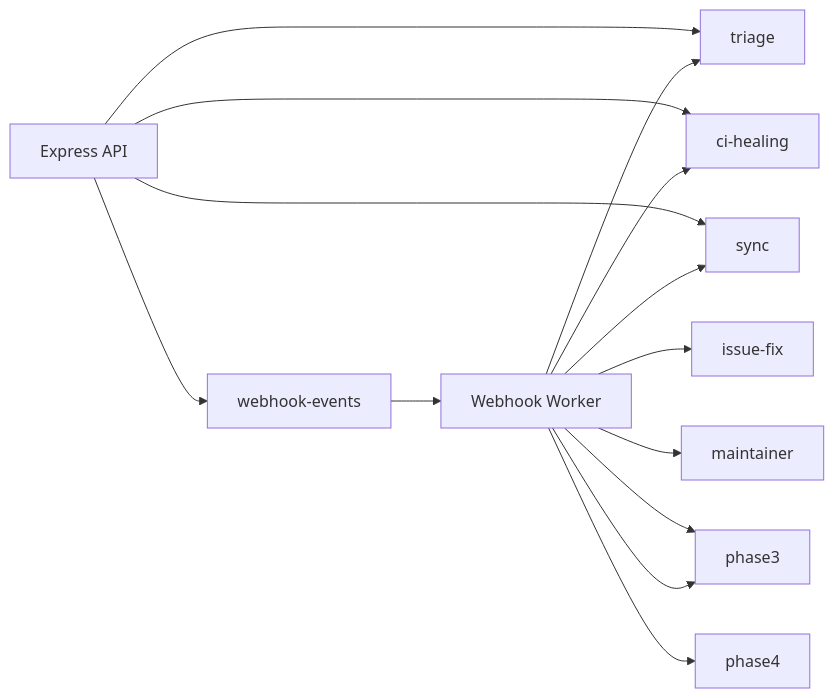
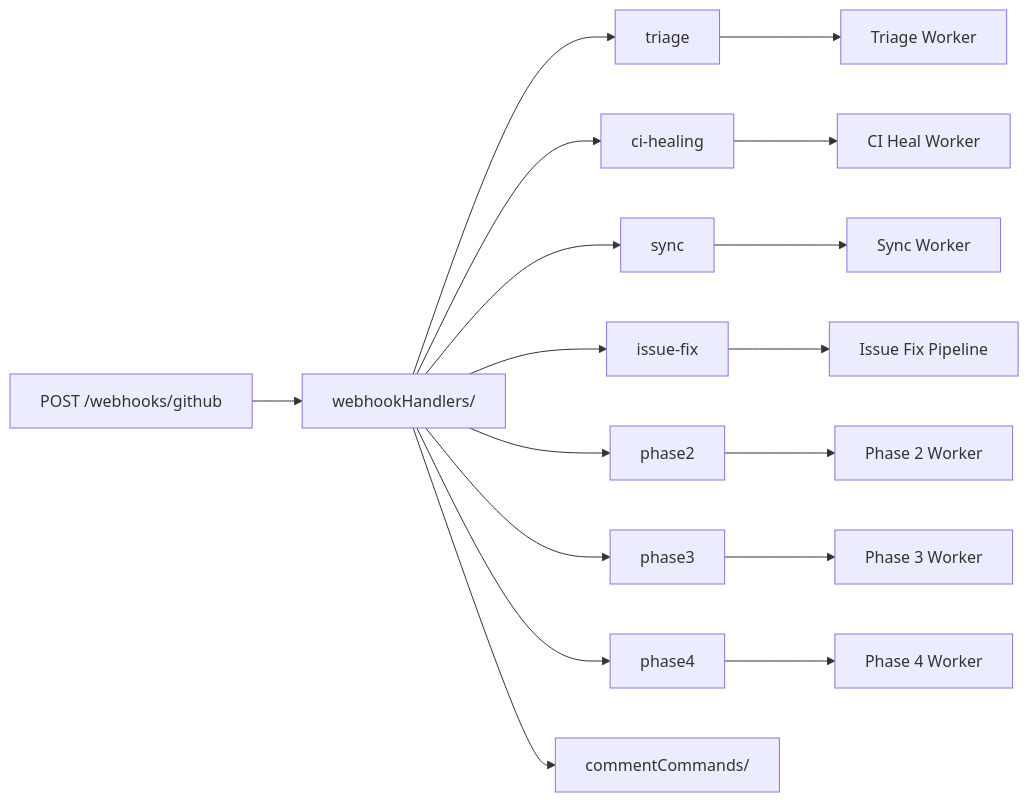
Before and after one commit to Octo-Lex/GitWire: the diagram in docs/workers/background-workers.md, drawn with Mermaid. The commit also changed other lines of this file and 9 other files, not shown here.

````diff
--- a/docs/workers/background-workers.md
+++ b/docs/workers/background-workers.md
@@ -21,16 +32,19 @@
 ```mermaid
 graph LR
-    API[Express API] --> Q1[webhook-events]
-    API --> Q2[triage]
-    API --> Q3[ci-healing]
-    API --> Q4[sync]
-    Q1 --> W1[Webhook Worker]
-    W1 --> Q2
-    W1 --> Q3
-    W1 --> Q4
-    W1 --> Q5[issue-fix]
-    W1 --> Q6[maintainer]
-    W1 --> Q7[phase2]
-    W1 --> Q7[phase3]
-    W1 --> Q8[phase4]
+    WH["POST /webhooks/github"] --> HANDLERS["webhookHandlers/"]
+    HANDLERS --> Q2["triage"]
+    HANDLERS --> Q3["ci-healing"]
+    HANDLERS --> Q4["sync"]
+    HANDLERS --> Q5["issue-fix"]
+    HANDLERS --> Q6["phase2"]
+    HANDLERS --> Q7["phase3"]
+    HANDLERS --> Q8["phase4"]
+    HANDLERS --> CMDS["commentCommands/"]
+    Q2 --> W2["Triage Worker"]
+    Q3 --> W3["CI Heal Worker"]
+    Q4 --> W4["Sync Worker"]
+    Q5 --> W5["Issue Fix Pipeline"]
+    Q6 --> W6["Phase 2 Worker"]
+    Q7 --> W7["Phase 3 Worker"]
+    Q8 --> W8["Phase 4 Worker"]
 ```
````
